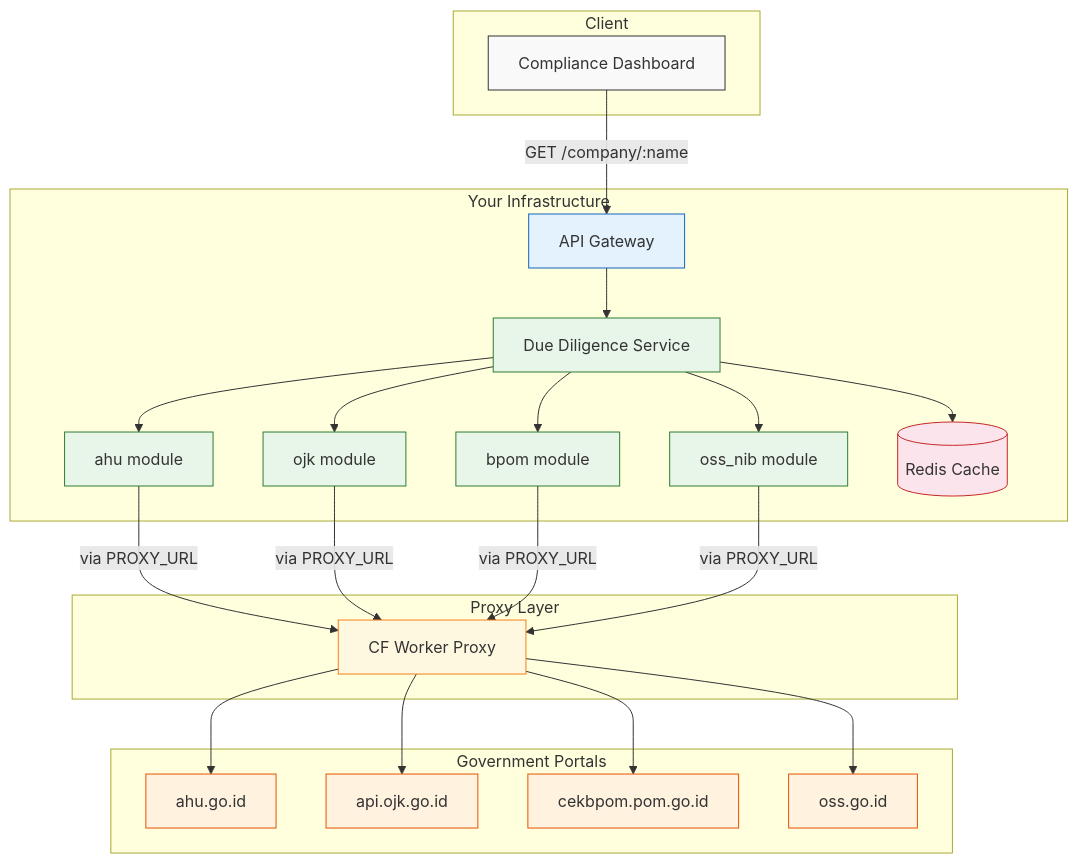
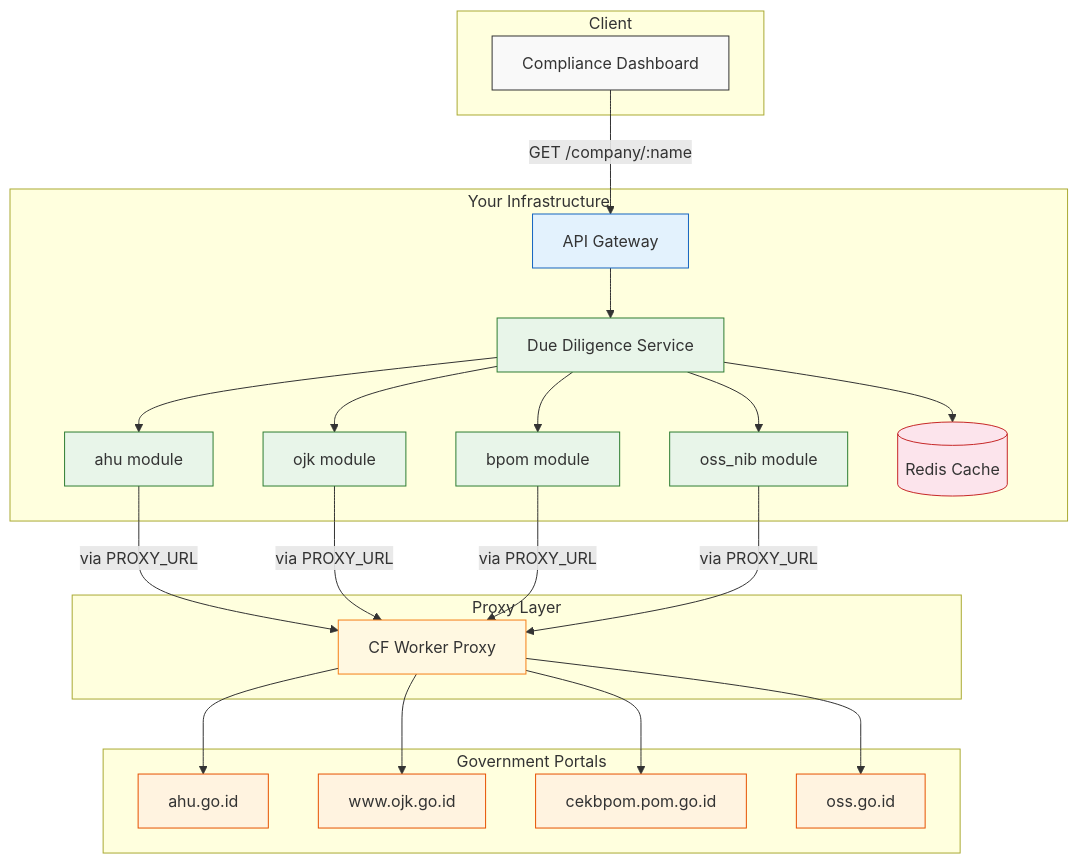
One commit to suryast/indonesia-civic-stack changed the fifth of 6 diagrams in README.md. Above: the diagram before and after it, drawn with Mermaid. The commit also changed other lines of this file and 8 other files, not shown here.

First line of the commit message:
docs: update OJK endpoints — api.ojk.go.id and investor.ojk.go.id are DNS-dead

````diff
--- a/README.md
+++ b/README.md
@@ -697,48 +719,48 @@
 ```mermaid
 graph TB
     subgraph Client
         A[Compliance Dashboard]
     end
 
     subgraph Your Infrastructure
         B[API Gateway]
         C[Due Diligence Service]
         D[ahu module]
         E[ojk module]
         F[bpom module]
         G[oss_nib module]
         H[(Redis Cache)]
     end
 
     subgraph Proxy Layer
         I[CF Worker Proxy]
     end
 
     subgraph Government Portals
         J[ahu.go.id]
-        K[api.ojk.go.id]
+        K[www.ojk.go.id]
         L[cekbpom.pom.go.id]
         M[oss.go.id]
     end
 
     A -->|GET /company/:name| B
     B --> C
     C --> H
     C --> D & E & F & G
     D & E & F & G -->|via PROXY_URL| I
     I --> J & K & L & M
 
     style A fill:#f9f9f9,stroke:#333
     style B fill:#e3f2fd,stroke:#1565c0
     style C fill:#e8f5e9,stroke:#2e7d32
     style D fill:#e8f5e9,stroke:#2e7d32
     style E fill:#e8f5e9,stroke:#2e7d32
     style F fill:#e8f5e9,stroke:#2e7d32
     style G fill:#e8f5e9,stroke:#2e7d32
     style H fill:#fce4ec,stroke:#c62828
     style I fill:#fff8e1,stroke:#f57f17
     style J fill:#fff3e0,stroke:#e65100
     style K fill:#fff3e0,stroke:#e65100
     style L fill:#fff3e0,stroke:#e65100
     style M fill:#fff3e0,stroke:#e65100
 ```
````
